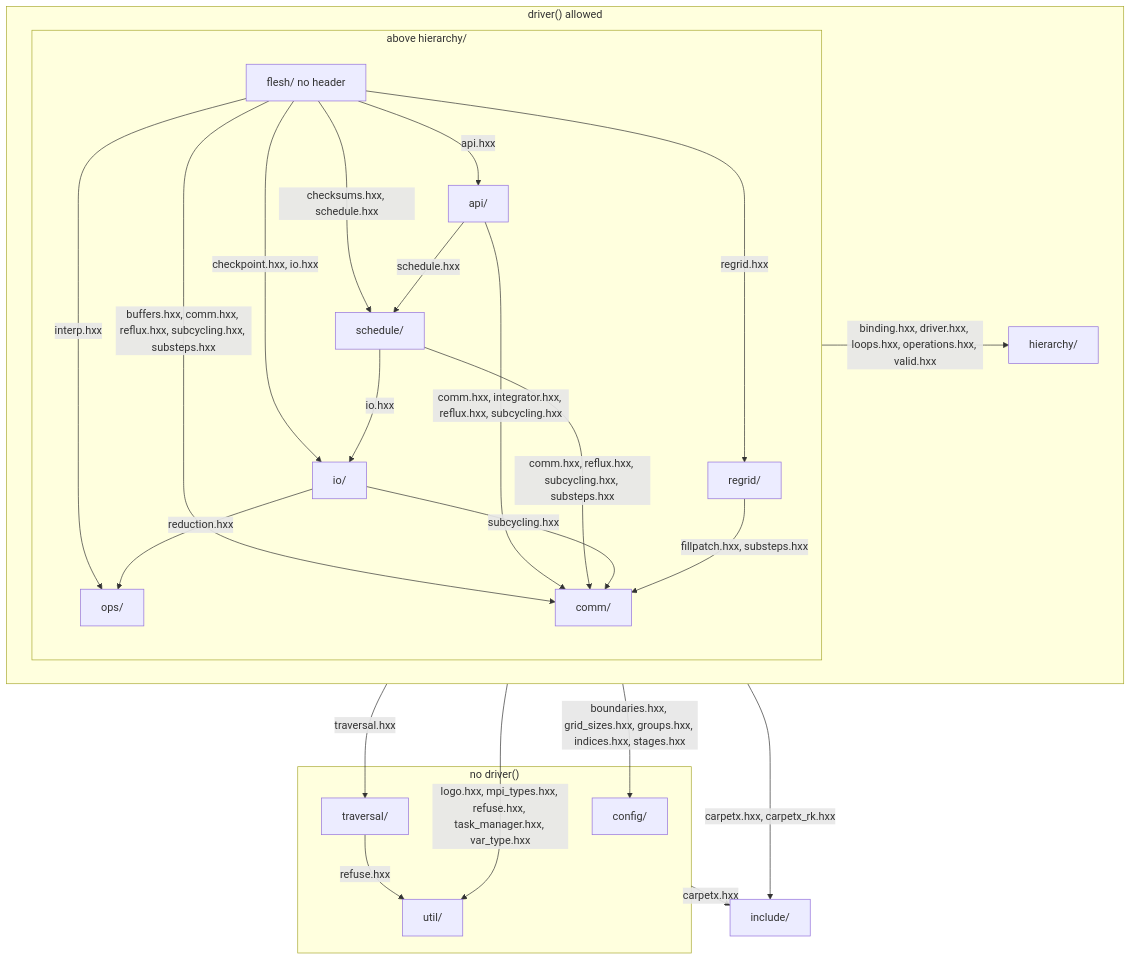
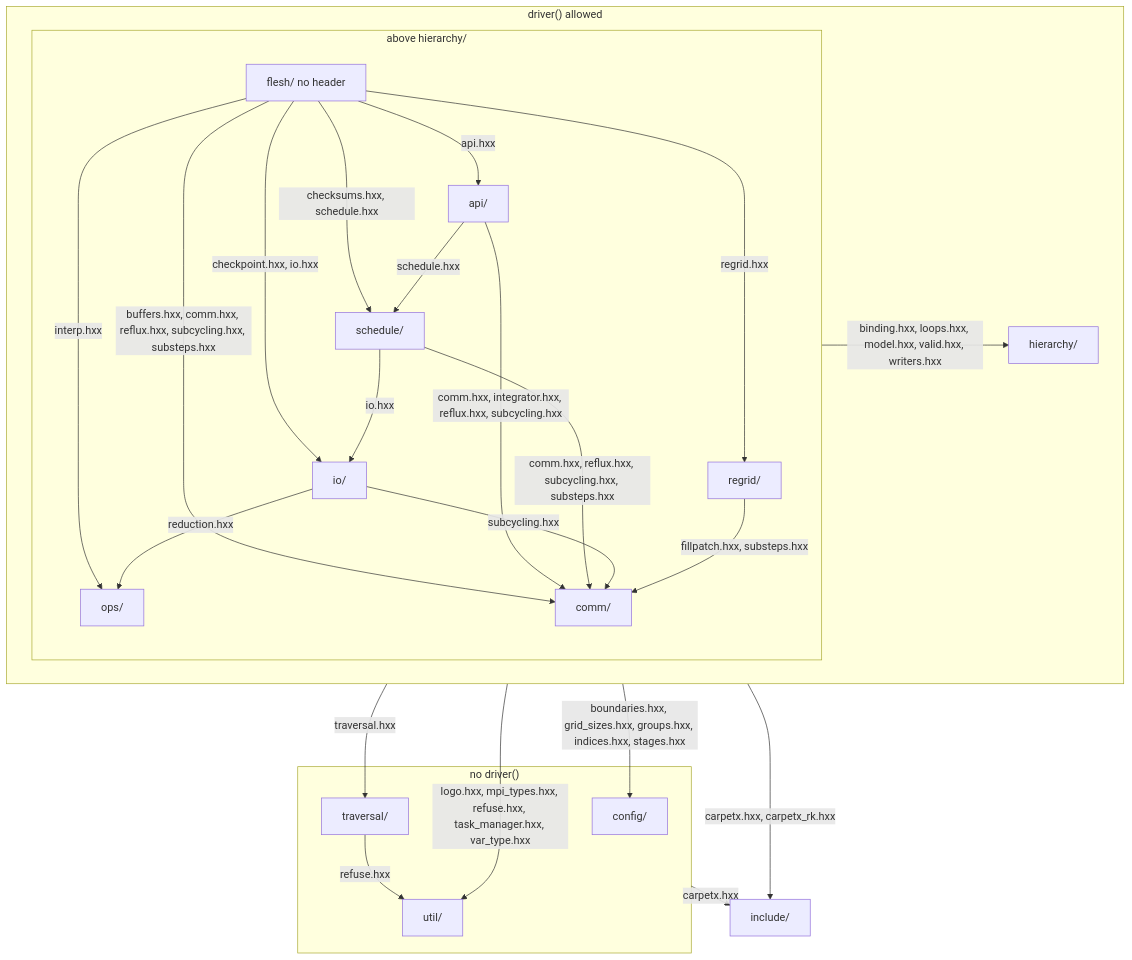
One commit to lwJi/CarpetX changed the first of 3 diagrams in agent_docs/carpetx-internals.md. Above: the diagram before and after it, drawn with Mermaid. The commit also changed other lines of this file and 63 other files, not shown here.

````diff
--- a/agent_docs/carpetx-internals.md
+++ b/agent_docs/carpetx-internals.md
@@ -7,41 +7,41 @@
 ```mermaid
 flowchart TB
   subgraph door["driver() allowed"]
     subgraph above["above hierarchy/"]
       flesh["flesh/ no header"]
       api["api/"]
       schedule["schedule/"]
       io["io/"]
       ops["ops/"]
       regrid["regrid/"]
       comm["comm/"]
     end
     hierarchy["hierarchy/"]
   end
   subgraph nodoor["no driver()"]
     config["config/"]
     traversal["traversal/"]
     util["util/"]
   end
   include["include/"]
   flesh -- "api.hxx" --> api
   flesh -- "checksums.hxx, schedule.hxx" --> schedule
   flesh -- "checkpoint.hxx, io.hxx" --> io
   flesh -- "interp.hxx" --> ops
   flesh -- "regrid.hxx" --> regrid
   flesh -- "buffers.hxx, comm.hxx, reflux.hxx, subcycling.hxx, substeps.hxx" --> comm
   api -- "schedule.hxx" --> schedule
   api -- "comm.hxx, integrator.hxx, reflux.hxx, subcycling.hxx" --> comm
   schedule -- "io.hxx" --> io
   schedule -- "comm.hxx, reflux.hxx, subcycling.hxx, substeps.hxx" --> comm
   io -- "reduction.hxx" --> ops
   io -- "subcycling.hxx" --> comm
   regrid -- "fillpatch.hxx, substeps.hxx" --> comm
   traversal -- "refuse.hxx" --> util
-  above -- "binding.hxx, driver.hxx, loops.hxx, operations.hxx, valid.hxx" --> hierarchy
+  above -- "binding.hxx, loops.hxx, model.hxx, valid.hxx, writers.hxx" --> hierarchy
   door -- "boundaries.hxx, grid_sizes.hxx, groups.hxx, indices.hxx, stages.hxx" --> config
   door -- "traversal.hxx" --> traversal
   door -- "logo.hxx, mpi_types.hxx, refuse.hxx, task_manager.hxx, var_type.hxx" --> util
   door -- "carpetx.hxx, carpetx_rk.hxx" --> include
   nodoor -- "carpetx.hxx" --> include
 ```
````
